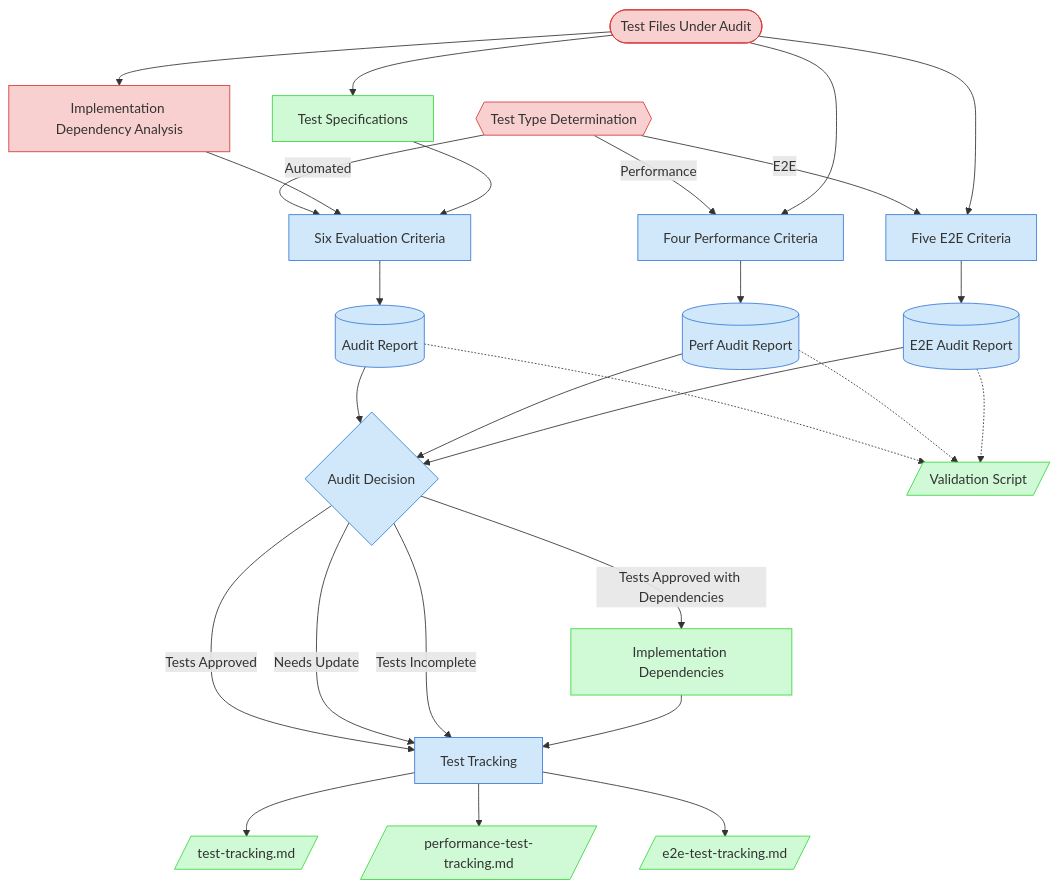
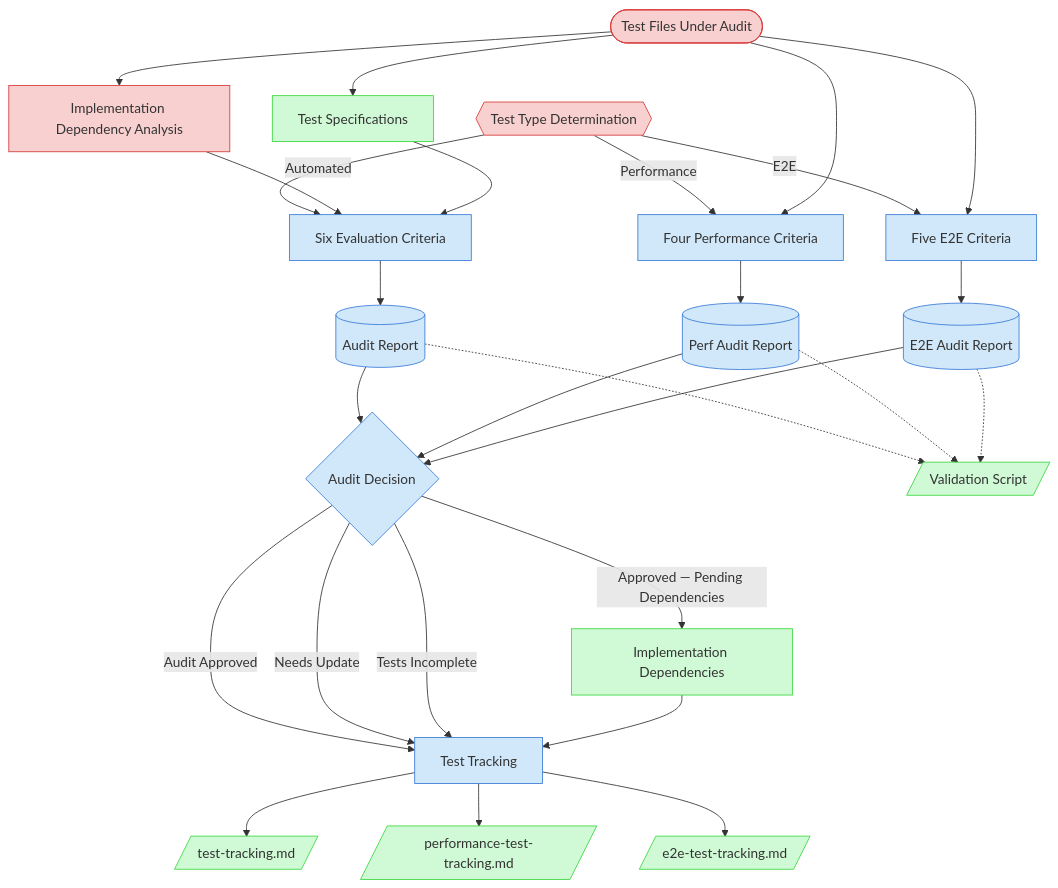
The diagram in process-framework/visualization/context-maps/03-testing/test-audit-map.md (Abtomation/LinkWatcher), drawn with Mermaid before and after one commit. The commit also changed other lines of this file and 144 other files, not shown here.

````diff
--- a/process-framework/visualization/context-maps/03-testing/test-audit-map.md
+++ b/process-framework/visualization/context-maps/03-testing/test-audit-map.md
@@ -17,43 +17,43 @@
 ```mermaid
 graph TD
     classDef critical fill:#f9d0d0,stroke:#d83a3a
     classDef important fill:#d0e8f9,stroke:#3a7bd8
     classDef reference fill:#d0f9d5,stroke:#3ad83f
 
     TestType{{Test Type Determination}} --> |Automated| AutoCriteria[Six Evaluation Criteria]
     TestType --> |Performance| PerfCriteria[Four Performance Criteria]
     TestType --> |E2E| E2ECriteria[Five E2E Criteria]
 
     TestFiles([Test Files Under Audit]) --> DepAnalysis[Implementation Dependency Analysis]
     TestFiles --> TestSpecs[Test Specifications]
     DepAnalysis --> AutoCriteria
     TestSpecs --> AutoCriteria
     TestFiles --> PerfCriteria
     TestFiles --> E2ECriteria
 
     AutoCriteria --> AuditReport[(Audit Report)]
     PerfCriteria --> PerfReport[(Perf Audit Report)]
     E2ECriteria --> E2EReport[(E2E Audit Report)]
 
     AuditReport --> AuditDecision{Audit Decision}
     PerfReport --> AuditDecision
     E2EReport --> AuditDecision
 
-    AuditDecision --> |Tests Approved| TrackingUpdate[Test Tracking]
-    AuditDecision --> |Tests Approved with Dependencies| DepTracking[Implementation Dependencies]
+    AuditDecision --> |Audit Approved| TrackingUpdate[Test Tracking]
+    AuditDecision --> |Approved — Pending Dependencies| DepTracking[Implementation Dependencies]
     AuditDecision --> |Needs Update| TrackingUpdate
     AuditDecision --> |Tests Incomplete| TrackingUpdate
     DepTracking --> TrackingUpdate
 
     TrackingUpdate --> AutoTracking[/test-tracking.md/]
     TrackingUpdate --> PerfTracking[/performance-test-tracking.md/]
     TrackingUpdate --> E2ETracking[/e2e-test-tracking.md/]
 
     AuditReport -.-> ValidationScript[/Validation Script/]
     PerfReport -.-> ValidationScript
     E2EReport -.-> ValidationScript
 
     class TestType,TestFiles,DepAnalysis critical
     class AutoCriteria,PerfCriteria,E2ECriteria,AuditReport,PerfReport,E2EReport,AuditDecision,TrackingUpdate important
     class DepTracking,AutoTracking,PerfTracking,E2ETracking,TestSpecs,ValidationScript reference
 ```
````
